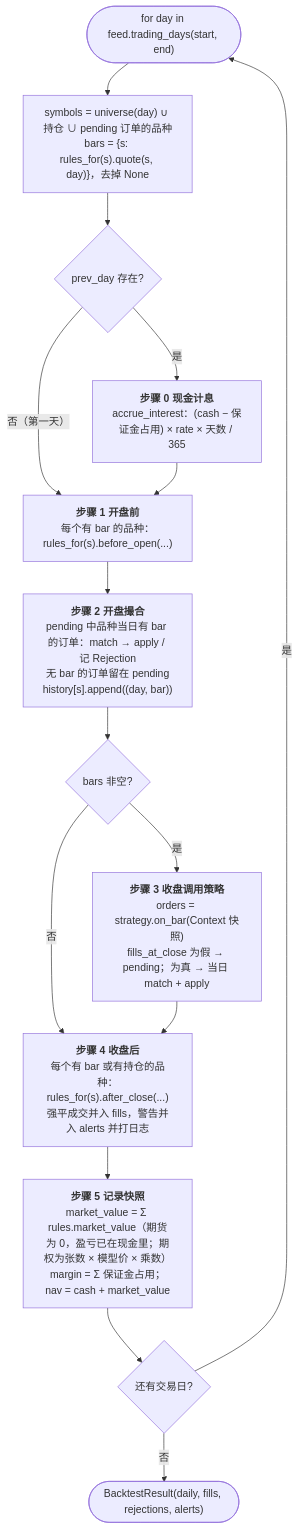
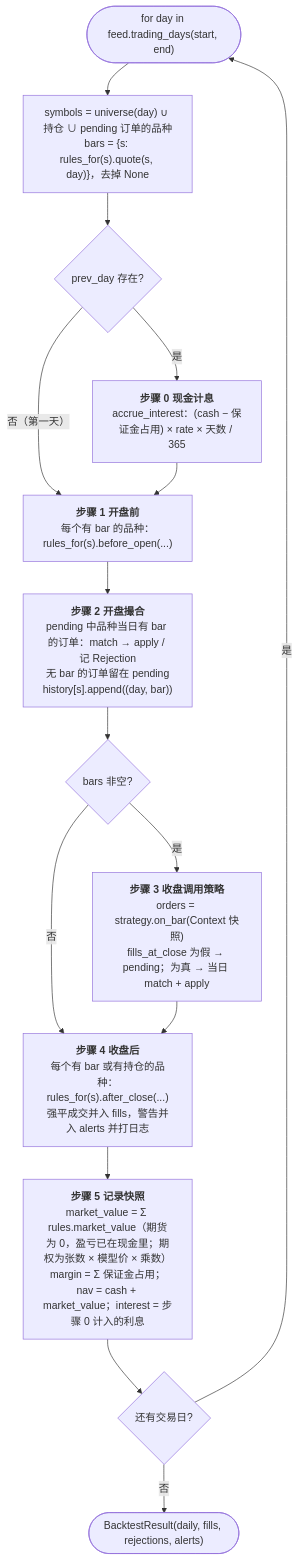
Before and after one commit to guevara12345/quant: diagram 12 of 27 in docs/code-walkthrough.md, drawn with Mermaid. The commit also changed other lines of this file and 16 other files, not shown here.

````diff
--- a/docs/code-walkthrough.md
+++ b/docs/code-walkthrough.md
@@ -707,17 +725,17 @@
 ```mermaid
 flowchart TD
     Start(["for day in feed.trading_days(start, end)"]) --> Sym["symbols = universe(day) ∪ 持仓 ∪ pending 订单的品种<br/>bars = {s: rules_for(s).quote(s, day)}，去掉 None"]
     Sym --> S0{"prev_day 存在?"}
     S0 -- 是 --> Int["<b>步骤 0 现金计息</b><br/>accrue_interest：(cash − 保证金占用) × rate × 天数 / 365"]
     S0 -- 否（第一天） --> S1
     Int --> S1["<b>步骤 1 开盘前</b><br/>每个有 bar 的品种：rules_for(s).before_open(...)"]
     S1 --> S2["<b>步骤 2 开盘撮合</b><br/>pending 中品种当日有 bar 的订单：match → apply / 记 Rejection<br/>无 bar 的订单留在 pending<br/>history[s].append((day, bar))"]
     S2 --> HasBar{"bars 非空?"}
     HasBar -- 否 --> S4
     HasBar -- 是 --> S3["<b>步骤 3 收盘调用策略</b><br/>orders = strategy.on_bar(Context 快照)<br/>fills_at_close 为假 → pending；为真 → 当日 match + apply"]
     S3 --> S4["<b>步骤 4 收盘后</b><br/>每个有 bar 或有持仓的品种：rules_for(s).after_close(...)<br/>强平成交并入 fills，警告并入 alerts 并打日志"]
-    S4 --> Snap["<b>步骤 5 记录快照</b><br/>market_value = Σ rules.market_value（期货为 0，盈亏已在现金里；期权为张数 × 模型价 × 乘数）<br/>margin = Σ 保证金占用；nav = cash + market_value"]
+    S4 --> Snap["<b>步骤 5 记录快照</b><br/>market_value = Σ rules.market_value（期货为 0，盈亏已在现金里；期权为张数 × 模型价 × 乘数）<br/>margin = Σ 保证金占用；nav = cash + market_value；interest = 步骤 0 计入的利息"]
     Snap --> Next{还有交易日?}
     Next -- 是 --> Start
     Next -- 否 --> Out(["BacktestResult(daily, fills, rejections, alerts)"])
 ```
````
